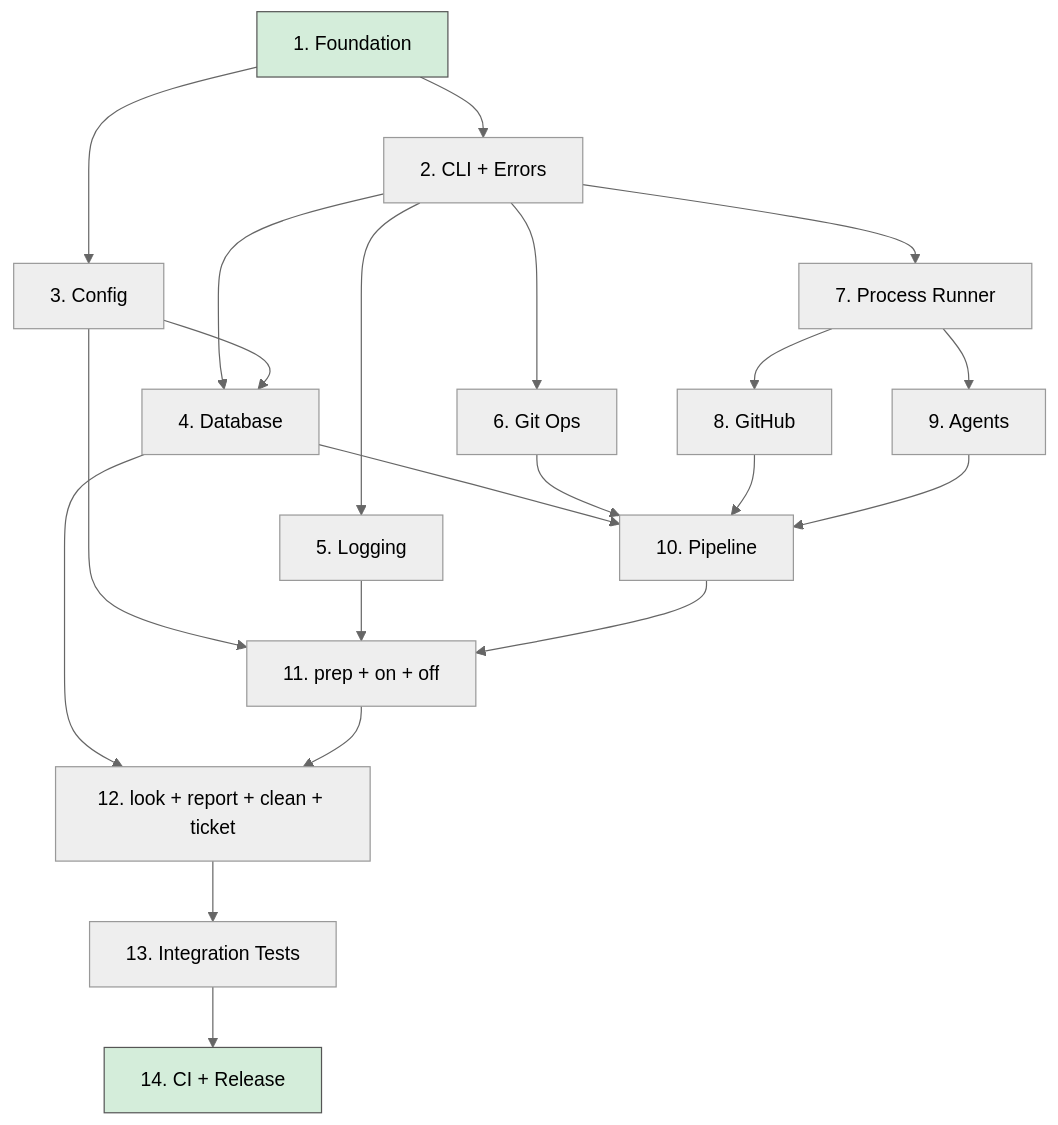
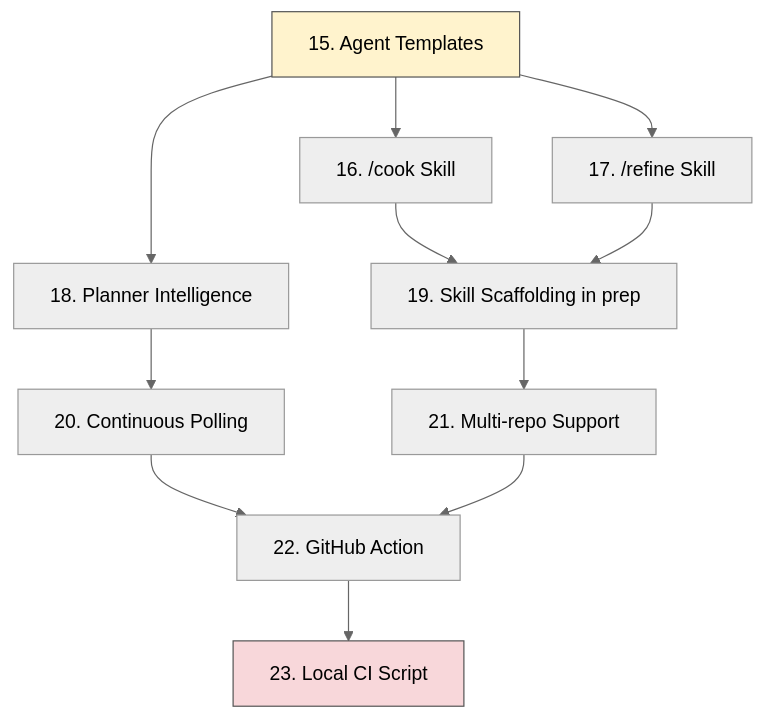
The diagram in ROADMAP.md (clayharmon/oven-cli), drawn with Mermaid (neutral theme) before and after one commit. The commit also changed other lines of this file and 3 other files, not shown here.

First line of the commit message:
docs: replace roadmap with post-launch phases 15-23

````diff
--- a/ROADMAP.md
+++ b/ROADMAP.md
@@ -9,20 +11,16 @@
 ```mermaid
 flowchart TD
-    P1[1. Foundation] --> P2[2. CLI + Errors]
-    P1 --> P3[3. Config]
-    P2 --> P4[4. Database]
-    P3 --> P4
-    P2 --> P5[5. Logging]
-    P2 --> P6[6. Git Ops]
-    P2 --> P7[7. Process Runner]
-    P7 --> P8[8. GitHub]
-    P7 --> P9[9. Agents]
-    P4 & P6 & P8 & P9 --> P10[10. Pipeline]
-    P3 & P5 & P10 --> P11[11. prep + on + off]
-    P4 & P11 --> P12[12. look + report + clean + ticket]
-    P12 --> P13[13. Integration Tests]
-    P13 --> P14[14. CI + Release]
+    P15[15. Agent Templates] --> P16[16. /cook Skill]
+    P15 --> P17[17. /refine Skill]
+    P15 --> P18[18. Planner Intelligence]
+    P16 --> P19[19. Skill Scaffolding in prep]
+    P17 --> P19
+    P18 --> P20[20. Continuous Polling]
+    P19 --> P21[21. Multi-repo Support]
+    P20 --> P22[22. GitHub Action]
+    P21 --> P22
+    P22 --> P23[23. Local CI Script]
 
-    style P1 fill:#d4edda,stroke:#555
-    style P14 fill:#d4edda,stroke:#555
+    style P15 fill:#fff3cd,stroke:#555
+    style P23 fill:#f8d7da,stroke:#555
 ```
````
